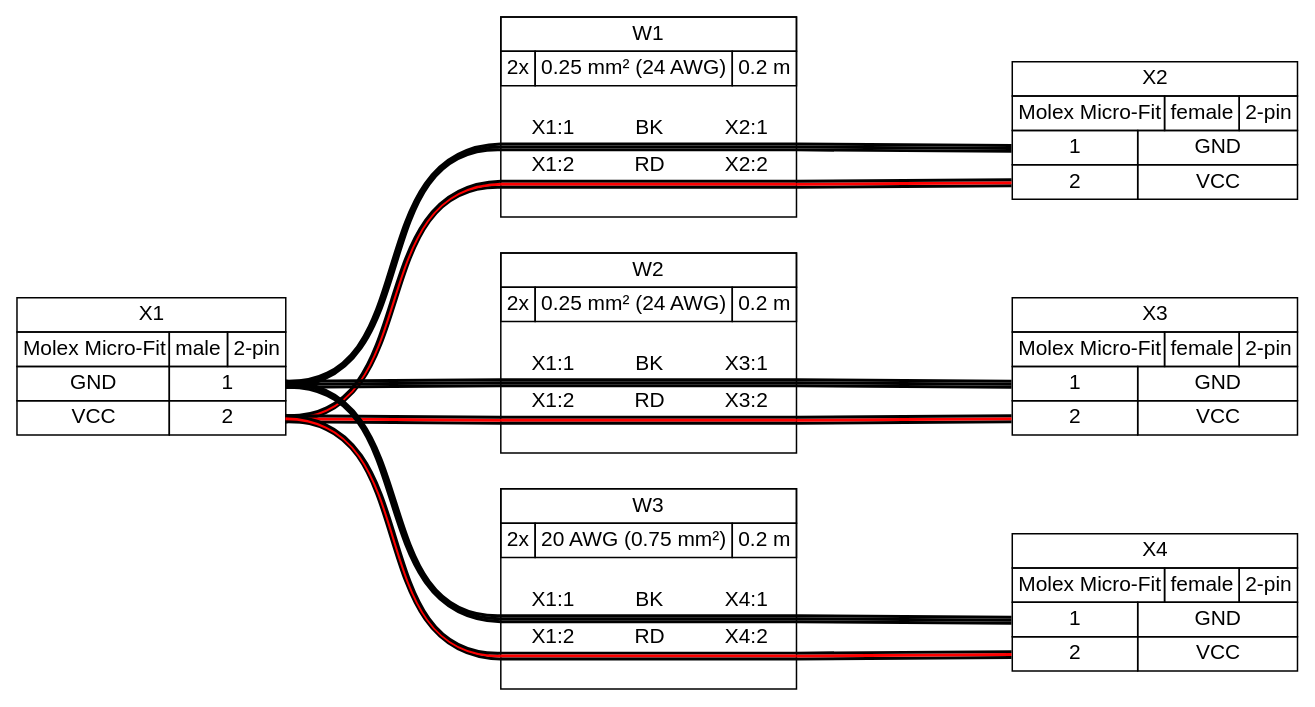
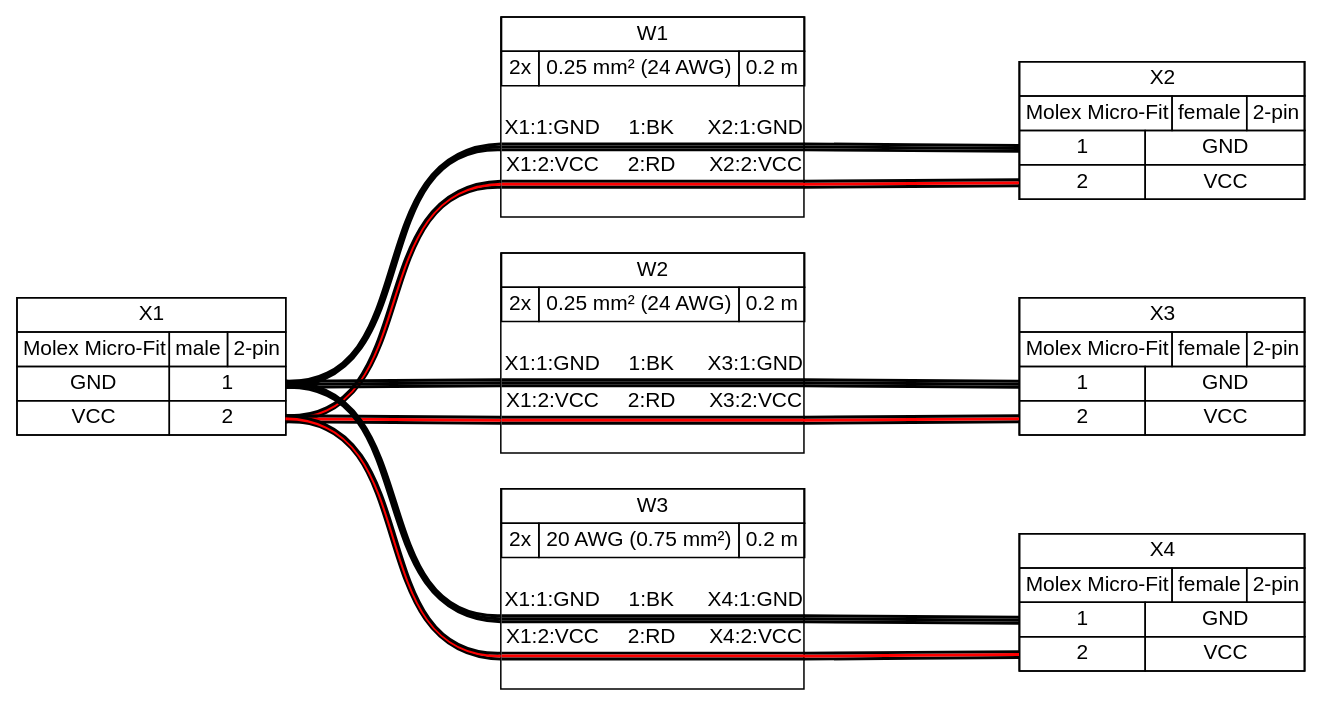
Before and after one commit to thestumbler/cables-with-wireviz: the diagram in examples/ex02.gv, drawn with Graphviz. The commit also changed 93 other files, not shown here.

```diff
--- a/examples/ex02.gv
+++ b/examples/ex02.gv
@@ -1,8 +1,8 @@
 graph {
-// Graph generated by WireViz 0.2
-// https://github.com/formatc1702/WireViz
-	graph [bgcolor=white fontname=arial nodesep=0.33 rankdir=LR ranksep=2]
-	node [fillcolor=white fontname=arial shape=record style=filled]
+// Graph generated by WireViz 0.4.1
+// https://github.com/wireviz/WireViz
+	graph [bgcolor="#FFFFFF" fontname=arial nodesep=0.33 rankdir=LR ranksep=2]
+	node [fillcolor="#FFFFFF" fontname=arial height=0 margin=0 shape=none style=filled width=0]
 	edge [fontname=arial style=bold]
 	X1 [label=<
 <table border="0" cellspacing="0" cellpadding="0">
@@ -31,7 +31,7 @@
   </table>
  </td></tr>
 </table>
-> fillcolor=white margin=0 shape=none style=filled]
+> fillcolor="#FFFFFF" shape=box style=filled]
 	X2 [label=<
 <table border="0" cellspacing="0" cellpadding="0">
  <tr><td>
@@ -59,7 +59,7 @@
   </table>
  </td></tr>
 </table>
-> fillcolor=white margin=0 shape=none style=filled]
+> fillcolor="#FFFFFF" shape=box style=filled]
 	X3 [label=<
 <table border="0" cellspacing="0" cellpadding="0">
  <tr><td>
@@ -87,7 +87,7 @@
   </table>
  </td></tr>
 </table>
-> fillcolor=white margin=0 shape=none style=filled]
+> fillcolor="#FFFFFF" shape=box style=filled]
 	X4 [label=<
 <table border="0" cellspacing="0" cellpadding="0">
  <tr><td>
@@ -115,7 +115,7 @@
   </table>
  </td></tr>
 </table>
-> fillcolor=white margin=0 shape=none style=filled]
+> fillcolor="#FFFFFF" shape=box style=filled]
 	edge [color="#000000:#000000:#000000"]
 	X1:p1r:e -- W1:w1:w
 	W1:w1:e -- X2:p1l:w
@@ -140,9 +140,11 @@
   <table border="0" cellspacing="0" cellborder="0">
    <tr><td>&nbsp;</td></tr>
    <tr>
-    <td>X1:1</td>
-    <td>BK</td>
-    <td>X2:1</td>
+    <td>X1:1:GND</td>
+    <td>
+     1:BK
+    </td>
+    <td>X2:1:GND</td>
    </tr>
    <tr>
     <td colspan="3" border="0" cellspacing="0" cellpadding="0" port="w1" height="6">
@@ -154,9 +156,11 @@
     </td>
    </tr>
    <tr>
-    <td>X1:2</td>
-    <td>RD</td>
-    <td>X2:2</td>
+    <td>X1:2:VCC</td>
+    <td>
+     2:RD
+    </td>
+    <td>X2:2:VCC</td>
    </tr>
    <tr>
     <td colspan="3" border="0" cellspacing="0" cellpadding="0" port="w2" height="6">
@@ -171,7 +175,7 @@
   </table>
  </td></tr>
 </table>
-> fillcolor=white margin=0 shape=box style=""]
+> fillcolor="#FFFFFF" shape=box style=filled]
 	edge [color="#000000:#000000:#000000"]
 	X1:p1r:e -- W2:w1:w
 	W2:w1:e -- X3:p1l:w
@@ -196,9 +200,11 @@
   <table border="0" cellspacing="0" cellborder="0">
    <tr><td>&nbsp;</td></tr>
    <tr>
-    <td>X1:1</td>
-    <td>BK</td>
-    <td>X3:1</td>
+    <td>X1:1:GND</td>
+    <td>
+     1:BK
+    </td>
+    <td>X3:1:GND</td>
    </tr>
    <tr>
     <td colspan="3" border="0" cellspacing="0" cellpadding="0" port="w1" height="6">
@@ -210,9 +216,11 @@
     </td>
    </tr>
    <tr>
-    <td>X1:2</td>
-    <td>RD</td>
-    <td>X3:2</td>
+    <td>X1:2:VCC</td>
+    <td>
+     2:RD
+    </td>
+    <td>X3:2:VCC</td>
    </tr>
    <tr>
     <td colspan="3" border="0" cellspacing="0" cellpadding="0" port="w2" height="6">
@@ -227,7 +235,7 @@
   </table>
  </td></tr>
 </table>
-> fillcolor=white margin=0 shape=box style=""]
+> fillcolor="#FFFFFF" shape=box style=filled]
 	edge [color="#000000:#000000:#000000"]
 	X1:p1r:e -- W3:w1:w
 	W3:w1:e -- X4:p1l:w
@@ -252,9 +260,11 @@
   <table border="0" cellspacing="0" cellborder="0">
    <tr><td>&nbsp;</td></tr>
    <tr>
-    <td>X1:1</td>
-    <td>BK</td>
-    <td>X4:1</td>
+    <td>X1:1:GND</td>
+    <td>
+     1:BK
+    </td>
+    <td>X4:1:GND</td>
    </tr>
    <tr>
     <td colspan="3" border="0" cellspacing="0" cellpadding="0" port="w1" height="6">
@@ -266,9 +276,11 @@
     </td>
    </tr>
    <tr>
-    <td>X1:2</td>
-    <td>RD</td>
-    <td>X4:2</td>
+    <td>X1:2:VCC</td>
+    <td>
+     2:RD
+    </td>
+    <td>X4:2:VCC</td>
    </tr>
    <tr>
     <td colspan="3" border="0" cellspacing="0" cellpadding="0" port="w2" height="6">
@@ -283,5 +295,5 @@
   </table>
  </td></tr>
 </table>
-> fillcolor=white margin=0 shape=box style=""]
+> fillcolor="#FFFFFF" shape=box style=filled]
 }
```
